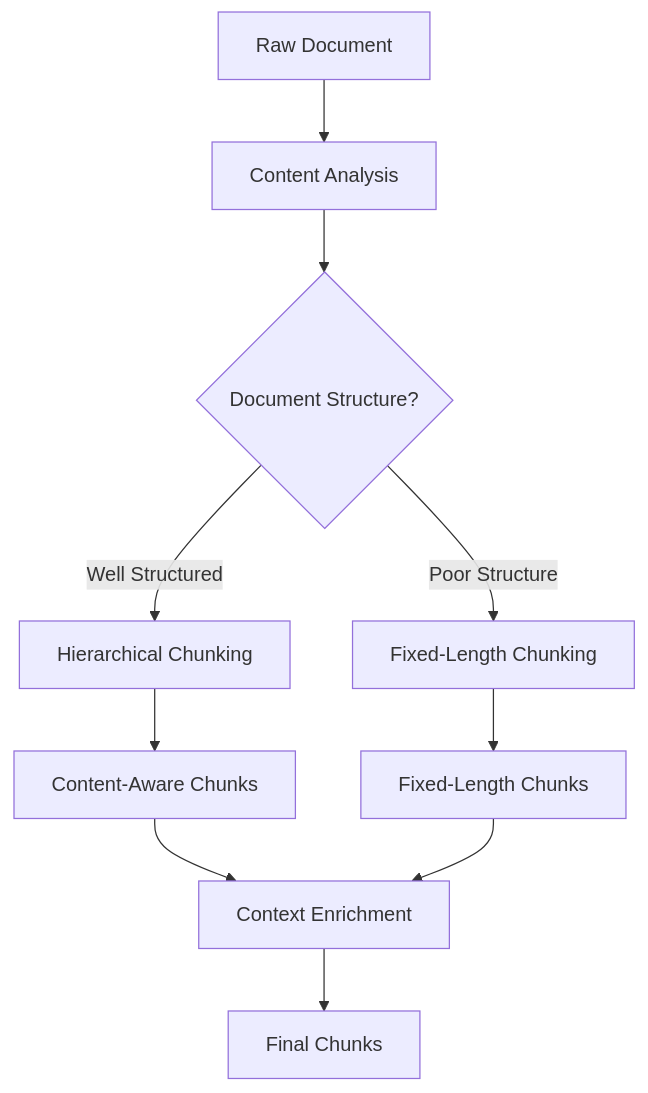
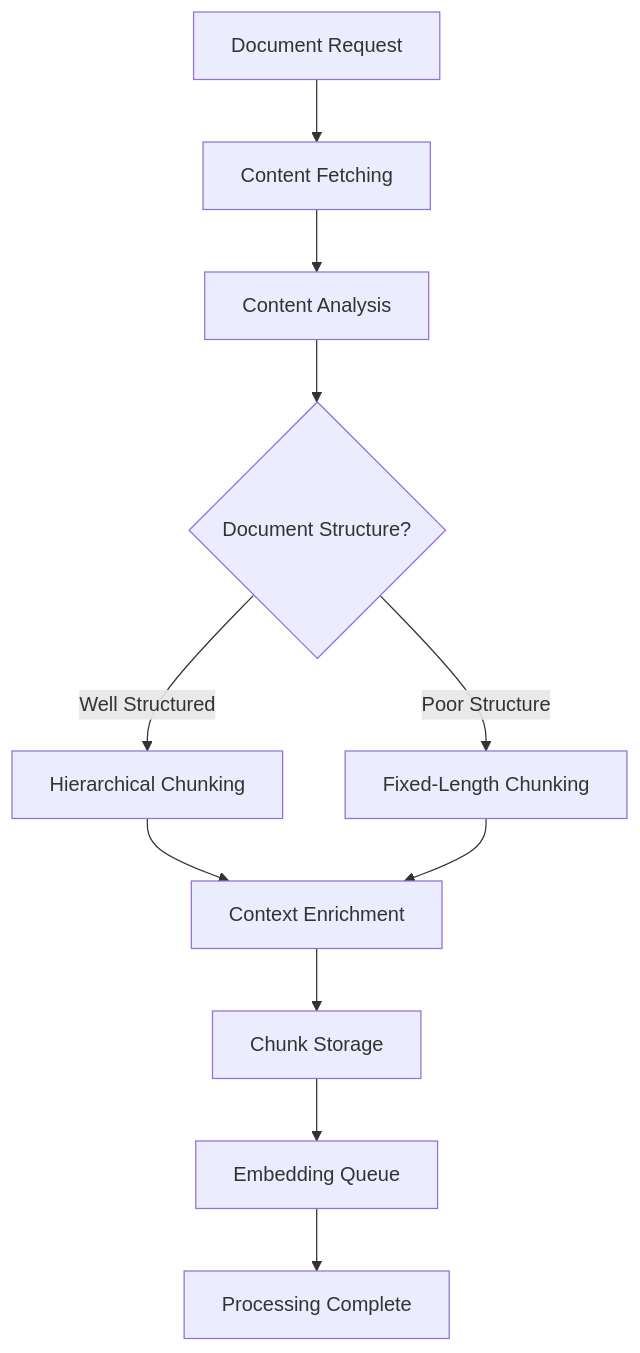
Before and after one commit to PennyRaized/content-aware-chunking: the diagram in README.md, drawn with Mermaid. The commit also changed other lines of this file and 6 other files, not shown here.

````diff
--- a/README.md
+++ b/README.md
@@ -47,12 +25,13 @@
 ```mermaid
 graph TD
-    A[Raw Document] --> B[Content Analysis]
-    B --> C{Document Structure?}
-    C -->|Well Structured| D[Hierarchical Chunking]
-    C -->|Poor Structure| E[Fixed-Length Chunking]
-    D --> F[Content-Aware Chunks]
-    E --> G[Fixed-Length Chunks]
-    F --> H[Context Enrichment]
-    G --> H
-    H --> I[Final Chunks]
+    A[Document Request] --> B[Content Fetching]
+    B --> C[Content Analysis]
+    C --> D{Document Structure?}
+    D -->|Well Structured| E[Hierarchical Chunking]
+    D -->|Poor Structure| F[Fixed-Length Chunking]
+    E --> G[Context Enrichment]
+    F --> G
+    G --> H[Chunk Storage]
+    H --> I[Embedding Queue]
+    I --> J[Processing Complete]
 ```
````
